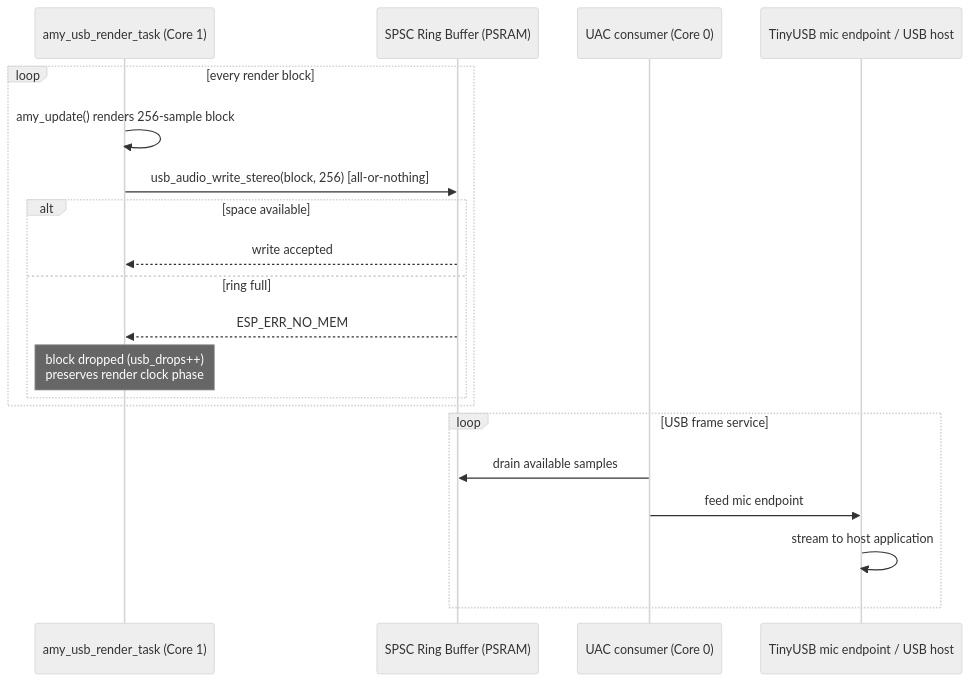
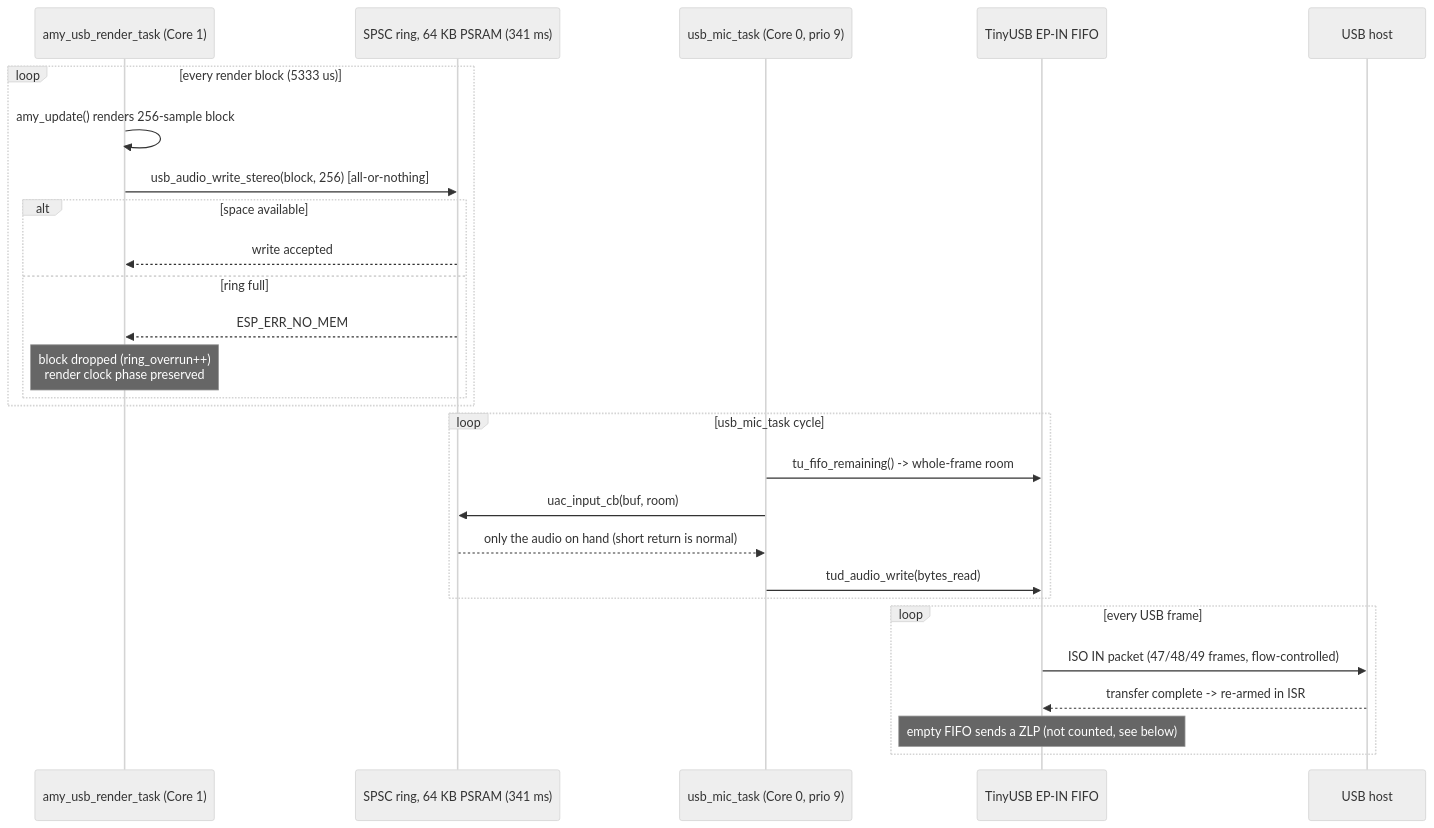
Before and after one commit to cxandy/S3-Amysynth: the diagram in components/usb_audio/README.md, drawn with Mermaid (neutral theme). The commit also changed other lines of this file and 7 other files, not shown here.

First line of the commit message:
Docs: realign architecture docs and the AMY-EDITS ledger with the current tree

````diff
--- a/components/usb_audio/README.md
+++ b/components/usb_audio/README.md
@@ -31,24 +42,32 @@
 ```mermaid
 sequenceDiagram
     participant Producer as amy_usb_render_task (Core 1)
-    participant Ring as SPSC Ring Buffer (PSRAM)
-    participant Consumer as UAC consumer (Core 0)
-    participant Host as TinyUSB mic endpoint / USB host
+    participant Ring as SPSC ring, 64 KB PSRAM (341 ms)
+    participant Mic as usb_mic_task (Core 0, prio 9)
+    participant FIFO as TinyUSB EP-IN FIFO
+    participant Host as USB host
 
-    loop every render block
+    loop every render block (5333 us)
         Producer->>Producer: amy_update() renders 256-sample block
         Producer->>Ring: usb_audio_write_stereo(block, 256) [all-or-nothing]
         alt space available
             Ring-->>Producer: write accepted
         else ring full
             Ring-->>Producer: ESP_ERR_NO_MEM
-            note over Producer: block dropped (usb_drops++)<br/>preserves render clock phase
+            note over Producer: block dropped (ring_overrun++)<br/>render clock phase preserved
         end
     end
 
-    loop USB frame service
-        Consumer->>Ring: drain available samples
-        Consumer->>Host: feed mic endpoint
-        Host->>Host: stream to host application
+    loop usb_mic_task cycle
+        Mic->>FIFO: tu_fifo_remaining() -> whole-frame room
+        Mic->>Ring: uac_input_cb(buf, room)
+        Ring-->>Mic: only the audio on hand (short return is normal)
+        Mic->>FIFO: tud_audio_write(bytes_read)
+    end
+
+    loop every USB frame
+        FIFO->>Host: ISO IN packet (47/48/49 frames, flow-controlled)
+        Host-->>FIFO: transfer complete -> re-armed in ISR
+        note over FIFO: empty FIFO sends a ZLP (not counted, see below)
     end
 ```
````
